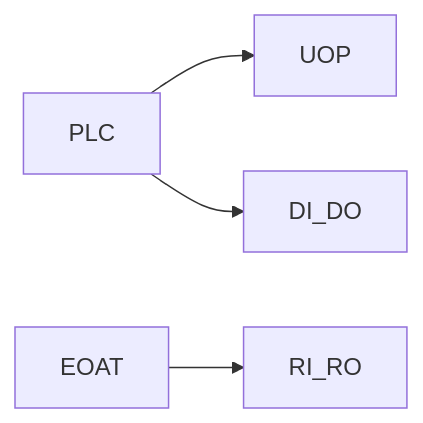
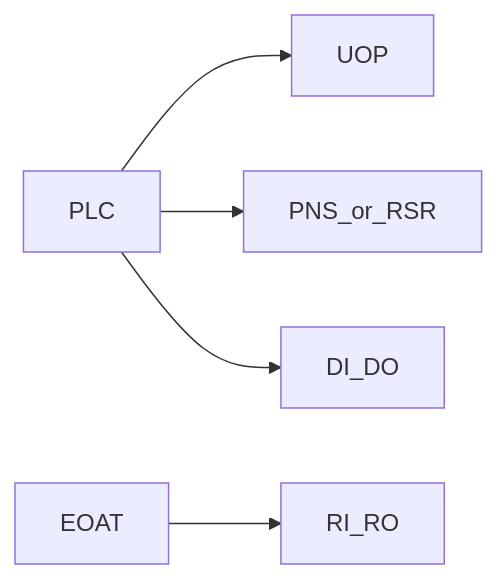
The diagram in docs/fanuc/io-frames-tools/io-classes.md (girijashankarj/garry-tj-robo-journey), drawn with Mermaid before and after one commit. The commit also changed other lines of this file and 127 other files, not shown here.

````diff
--- a/docs/fanuc/io-frames-tools/io-classes.md
+++ b/docs/fanuc/io-frames-tools/io-classes.md
@@ -23,10 +42,12 @@
 ```mermaid
 flowchart LR
   plc[PLC]
   uop[UOP]
+  pns[PNS_or_RSR]
   di[DI_DO]
   ri[RI_RO]
   plc --> uop
+  plc --> pns
   plc --> di
   eot[EOAT] --> ri
 ```
````
